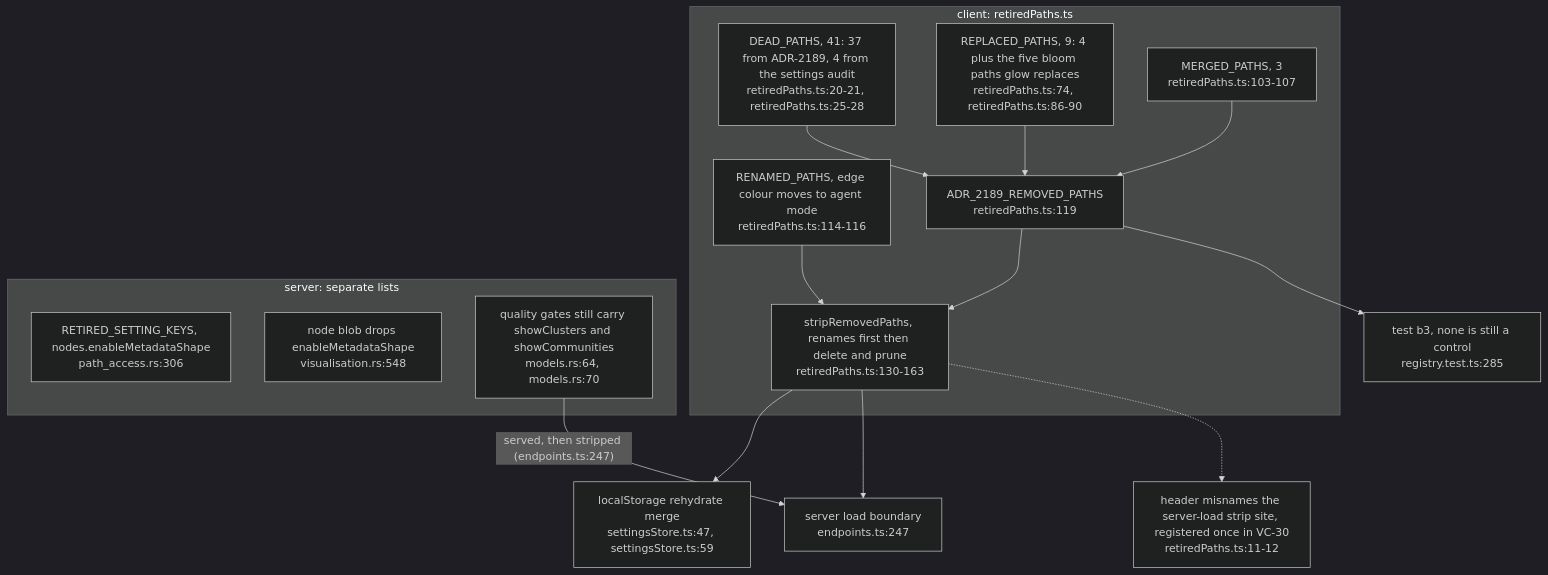
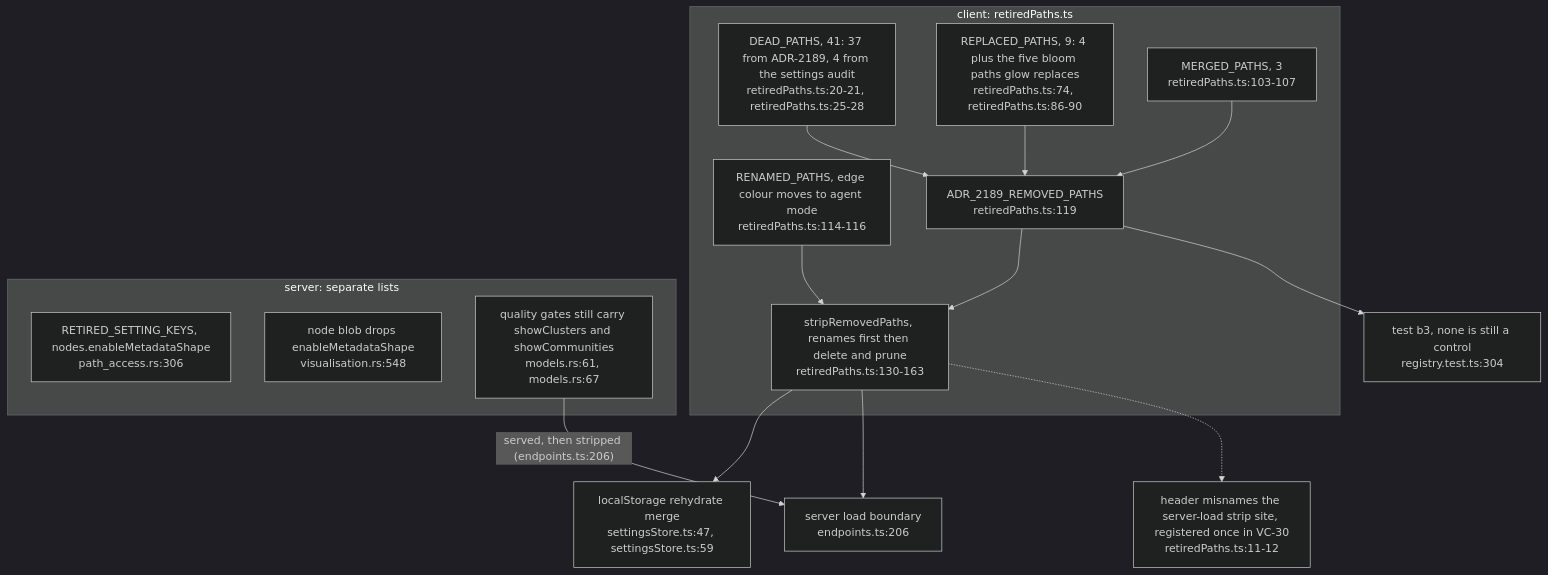
One commit to DreamLab-AI/VisionFlow changed diagram 11 of 12 in docs/diagrams/visionclaw/57-control-centre-ia-and-drawer.md. Above: the diagram before and after it, drawn with Mermaid (dark theme). The commit also changed other lines of this file and 81 other files, not shown here.

First line of the commit message:
docs(diagrams): roll VisionClaw topics to main 010e1109b (PR 37 and 38 merged); fix remaining prose citations

````diff
--- a/docs/diagrams/visionclaw/57-control-centre-ia-and-drawer.md
+++ b/docs/diagrams/visionclaw/57-control-centre-ia-and-drawer.md
@@ -337,26 +337,26 @@
 ```mermaid
 flowchart TB
     subgraph client["client: retiredPaths.ts"]
         DP["DEAD_PATHS, 41: 37 from ADR-2189, 4 from the settings audit<br/>retiredPaths.ts:20-21, retiredPaths.ts:25-28"]
         RP["REPLACED_PATHS, 9: 4 plus the five bloom paths glow replaces<br/>retiredPaths.ts:74, retiredPaths.ts:86-90"]
         MP["MERGED_PATHS, 3<br/>retiredPaths.ts:103-107"]
         RN["RENAMED_PATHS, edge colour moves to agent mode<br/>retiredPaths.ts:114-116"]
         ALL["ADR_2189_REMOVED_PATHS<br/>retiredPaths.ts:119"]
         STRIP["stripRemovedPaths, renames first then delete and prune<br/>retiredPaths.ts:130-163"]
     end
     DP --> ALL
     RP --> ALL
     MP --> ALL
     ALL --> STRIP
     RN --> STRIP
     STRIP --> S1["localStorage rehydrate merge<br/>settingsStore.ts:47, settingsStore.ts:59"]
-    STRIP --> S2["server load boundary<br/>endpoints.ts:247"]
-    ALL --> S3["test b3, none is still a control<br/>registry.test.ts:285"]
+    STRIP --> S2["server load boundary<br/>endpoints.ts:206"]
+    ALL --> S3["test b3, none is still a control<br/>registry.test.ts:304"]
     STRIP -.-> DR["header misnames the server-load strip site, registered once in VC-30<br/>retiredPaths.ts:11-12"]
     subgraph server["server: separate lists"]
         PA["RETIRED_SETTING_KEYS, nodes.enableMetadataShape<br/>path_access.rs:306"]
         DV["node blob drops enableMetadataShape<br/>visualisation.rs:548"]
-        QG["quality gates still carry showClusters and showCommunities<br/>models.rs:64, models.rs:70"]
+        QG["quality gates still carry showClusters and showCommunities<br/>models.rs:61, models.rs:67"]
     end
-    QG -->|"served, then stripped (endpoints.ts:247)"| S2
+    QG -->|"served, then stripped (endpoints.ts:206)"| S2
 ```
````
